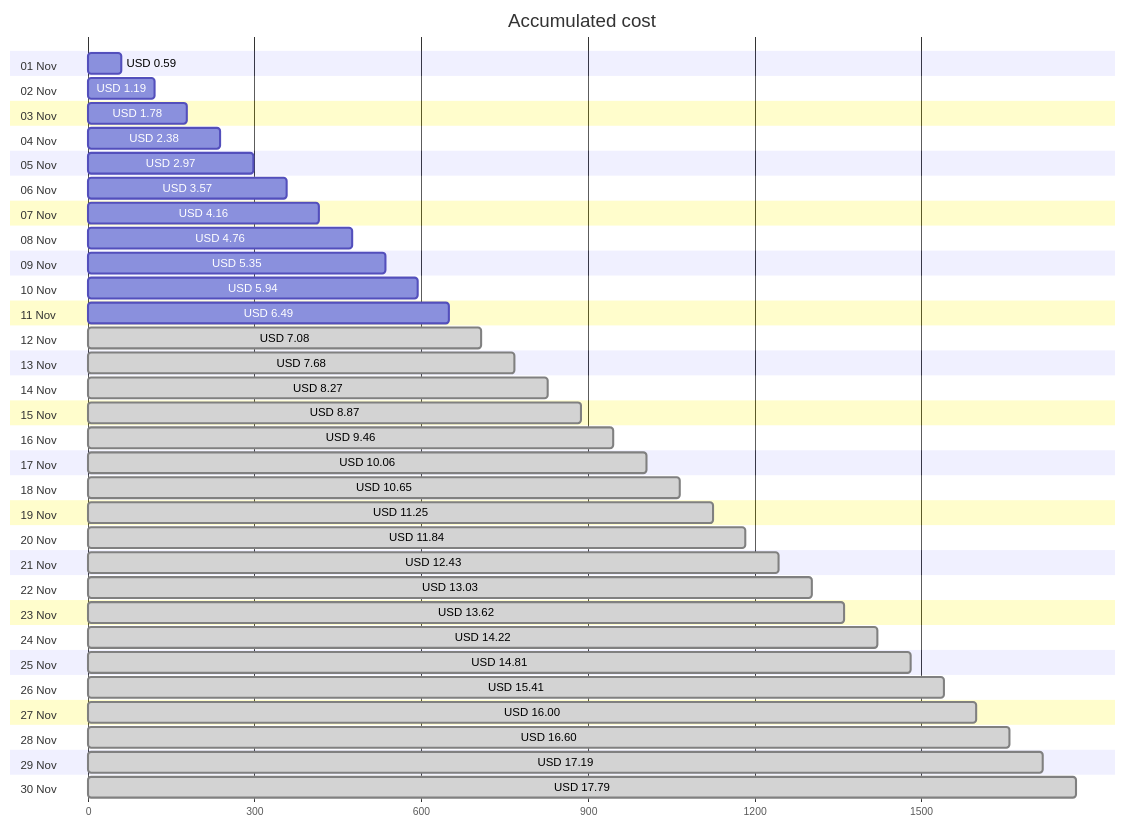
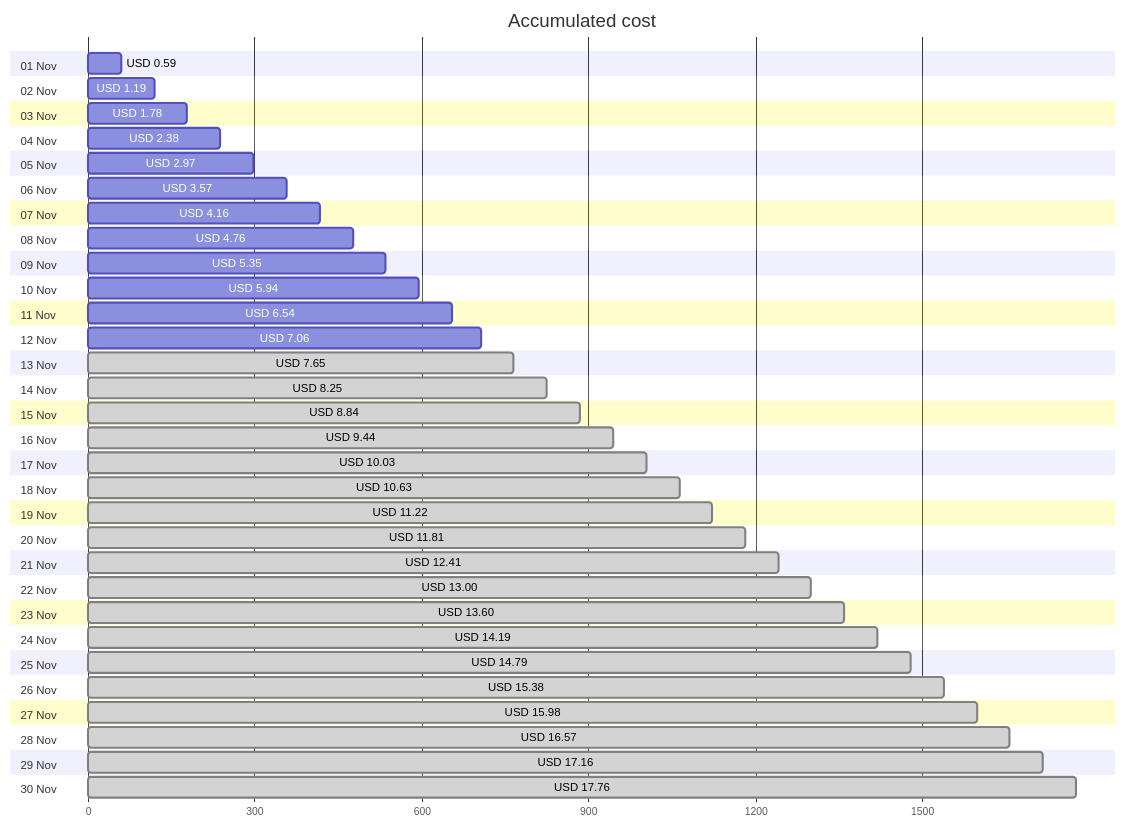
One commit to jpfulton/azure-personal-reports changed the first of 4 diagrams in cost-reports/personal-site/README.md. Above: the diagram before and after it, drawn with Mermaid. The commit also changed other lines of this file and 6 other files, not shown here.

````diff
--- a/cost-reports/personal-site/README.md
+++ b/cost-reports/personal-site/README.md
@@ -20,66 +20,66 @@
 ```mermaid
 gantt
    title Accumulated cost
    dateFormat  X
    axisFormat %s
    section 01 Nov
    USD 0.59 :0, 59
    section 02 Nov
    USD 1.19 :0, 119
    section 03 Nov
    USD 1.78 :0, 178
    section 04 Nov
    USD 2.38 :0, 238
    section 05 Nov
    USD 2.97 :0, 297
    section 06 Nov
    USD 3.57 :0, 357
    section 07 Nov
    USD 4.16 :0, 416
    section 08 Nov
    USD 4.76 :0, 476
    section 09 Nov
    USD 5.35 :0, 535
    section 10 Nov
    USD 5.94 :0, 594
    section 11 Nov
-   USD 6.49 :0, 649
+   USD 6.54 :0, 654
    section 12 Nov
-   USD 7.08 : done, 0, 708
+   USD 7.06 :0, 706
    section 13 Nov
-   USD 7.68 : done, 0, 768
+   USD 7.65 : done, 0, 765
    section 14 Nov
-   USD 8.27 : done, 0, 827
+   USD 8.25 : done, 0, 825
    section 15 Nov
-   USD 8.87 : done, 0, 887
+   USD 8.84 : done, 0, 884
    section 16 Nov
-   USD 9.46 : done, 0, 946
+   USD 9.44 : done, 0, 944
    section 17 Nov
-   USD 10.06 : done, 0, 1006
+   USD 10.03 : done, 0, 1003
    section 18 Nov
-   USD 10.65 : done, 0, 1065
+   USD 10.63 : done, 0, 1063
    section 19 Nov
-   USD 11.25 : done, 0, 1125
+   USD 11.22 : done, 0, 1122
    section 20 Nov
-   USD 11.84 : done, 0, 1184
+   USD 11.81 : done, 0, 1181
    section 21 Nov
-   USD 12.43 : done, 0, 1243
+   USD 12.41 : done, 0, 1241
    section 22 Nov
-   USD 13.03 : done, 0, 1303
+   USD 13.00 : done, 0, 1300
    section 23 Nov
-   USD 13.62 : done, 0, 1362
+   USD 13.60 : done, 0, 1360
    section 24 Nov
-   USD 14.22 : done, 0, 1422
+   USD 14.19 : done, 0, 1419
    section 25 Nov
-   USD 14.81 : done, 0, 1481
+   USD 14.79 : done, 0, 1479
    section 26 Nov
-   USD 15.41 : done, 0, 1541
+   USD 15.38 : done, 0, 1538
    section 27 Nov
-   USD 16.00 : done, 0, 1600
+   USD 15.98 : done, 0, 1598
    section 28 Nov
-   USD 16.60 : done, 0, 1660
+   USD 16.57 : done, 0, 1657
    section 29 Nov
-   USD 17.19 : done, 0, 1719
+   USD 17.16 : done, 0, 1716
    section 30 Nov
-   USD 17.79 : done, 0, 1779
+   USD 17.76 : done, 0, 1776
 ```
````
